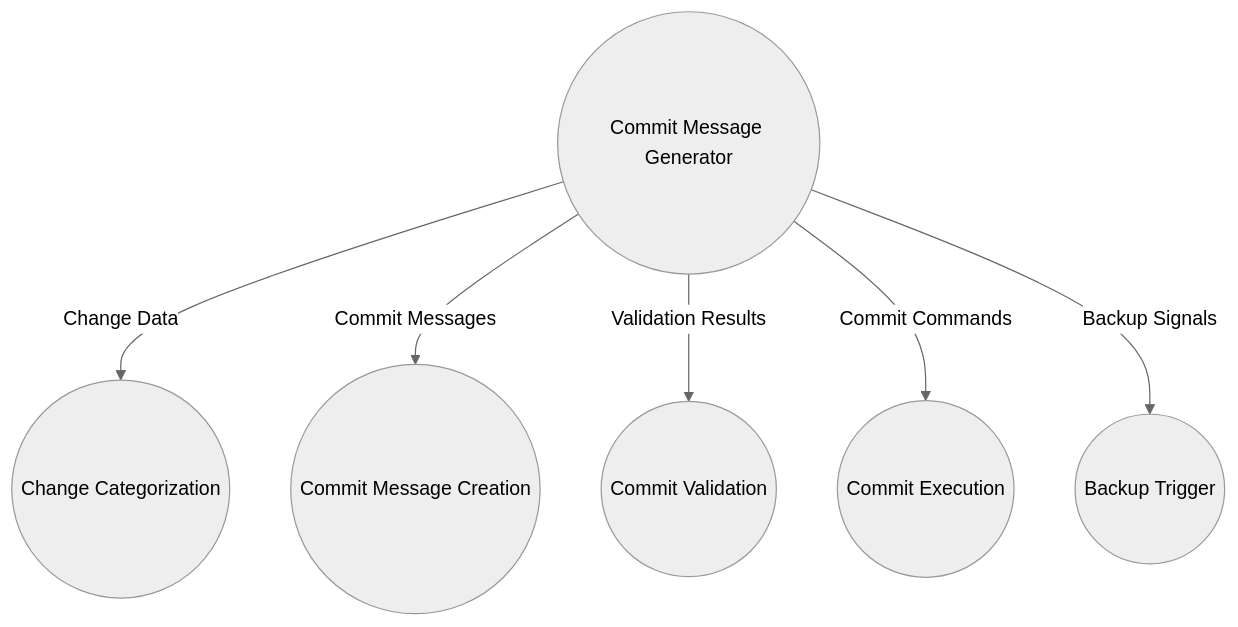
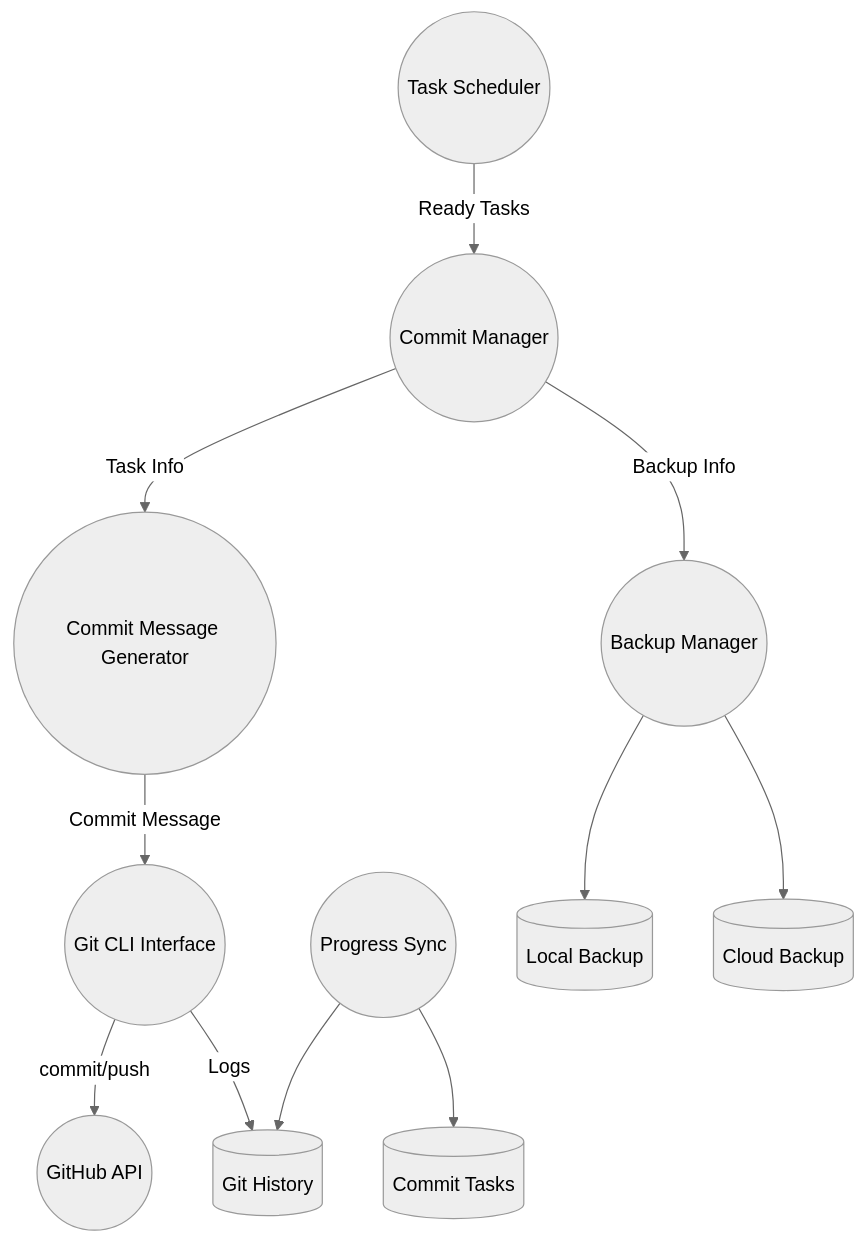
The fourth of 7 diagrams in Docs/entire_project/DFD_Diagrams.md (Shakour-Data/AutoProjectManagement), drawn with Mermaid (neutral theme) before and after one commit. The commit also changed other lines of this file, not shown here.

````diff
--- a/Docs/entire_project/DFD_Diagrams.md
+++ b/Docs/entire_project/DFD_Diagrams.md
@@ -159,15 +125,35 @@
 ```mermaid
 graph TD
-    CommitMsgGenerator((Commit Message Generator))
-    ChangeCategorization((Change Categorization))
-    CommitMsgCreation((Commit Message Creation))
-    CommitValidation((Commit Validation))
-    CommitExecution((Commit Execution))
-    BackupTrigger((Backup Trigger))
-
-    CommitMsgGenerator -->|Change Data| ChangeCategorization
-    CommitMsgGenerator -->|Commit Messages| CommitMsgCreation
-    CommitMsgGenerator -->|Validation Results| CommitValidation
-    CommitMsgGenerator -->|Commit Commands| CommitExecution
-    CommitMsgGenerator -->|Backup Signals| BackupTrigger
+    Task_Scheduler((Task Scheduler))
+    
+    %% Git Modules
+    Commit_Manager((Commit Manager))
+    Message_Generator((Commit Message Generator))
+    Git_CLI((Git CLI Interface))
+    GitHub_API((GitHub API))
+    
+    %% Backup Modules
+    Backup_Manager((Backup Manager))
+    Progress_Sync((Progress Sync))
+    
+    %% Databases
+    Commit_Tasks[(Commit Tasks)]
+    Git_History[(Git History)]
+    Local_Backup[(Local Backup)]
+    Cloud_Backup[(Cloud Backup)]
+    
+    %% Data Flows
+    Task_Scheduler -->|Ready Tasks| Commit_Manager
+    Commit_Manager -->|Task Info| Message_Generator
+    Message_Generator -->|Commit Message| Git_CLI
+    
+    Git_CLI -->|commit/push| GitHub_API
+    Git_CLI -->|Logs| Git_History
+    
+    Commit_Manager -->|Backup Info| Backup_Manager
+    Backup_Manager --> Local_Backup
+    Backup_Manager --> Cloud_Backup
+    
+    Progress_Sync --> Git_History
+    Progress_Sync --> Commit_Tasks
 ```
````
